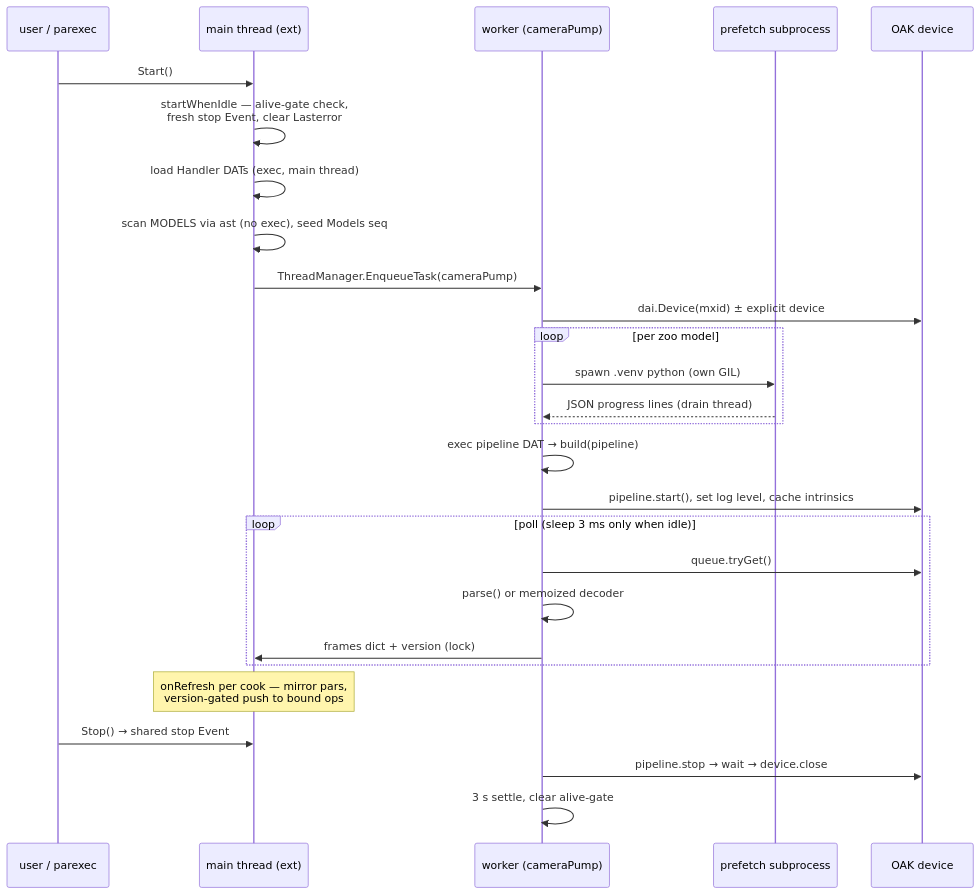
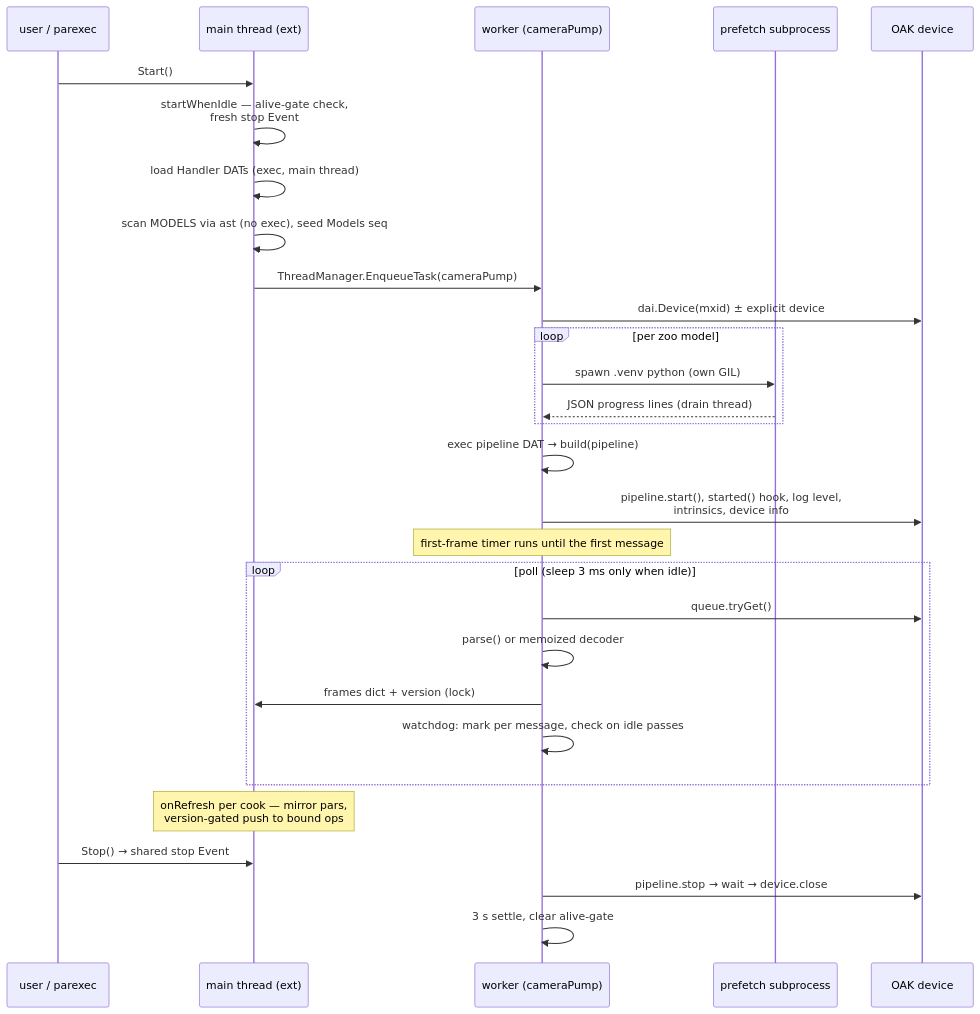
Before and after one commit to TouchDesigner/TDOAK: the fourth of 4 diagrams in docs/ARCHITECTURE.md, drawn with Mermaid. The commit also changed other lines of this file and 47 other files, not shown here.

````diff
--- a/docs/ARCHITECTURE.md
+++ b/docs/ARCHITECTURE.md
@@ -205,30 +270,32 @@
 ```mermaid
 sequenceDiagram
     participant U as user / parexec
     participant M as main thread (ext)
     participant W as worker (cameraPump)
     participant S as prefetch subprocess
     participant D as OAK device
 
     U->>M: Start()
-    M->>M: startWhenIdle — alive-gate check,<br/>fresh stop Event, clear Lasterror
+    M->>M: startWhenIdle — alive-gate check,<br/>fresh stop Event
     M->>M: load Handler DATs (exec, main thread)
     M->>M: scan MODELS via ast (no exec), seed Models seq
     M->>W: ThreadManager.EnqueueTask(cameraPump)
     W->>D: dai.Device(mxid)  ± explicit device
     loop per zoo model
         W->>S: spawn .venv python (own GIL)
         S-->>W: JSON progress lines (drain thread)
     end
     W->>W: exec pipeline DAT → build(pipeline)
-    W->>D: pipeline.start(), set log level, cache intrinsics
+    W->>D: pipeline.start(), started() hook, log level,<br/>intrinsics, device info
+    Note over W: first-frame timer runs until the first message
     loop poll (sleep 3 ms only when idle)
         W->>D: queue.tryGet()
         W->>W: parse() or memoized decoder
         W->>M: frames dict + version (lock)
+        W->>W: watchdog: mark per message, check on idle passes
     end
     Note over M: onRefresh per cook — mirror pars,<br/>version-gated push to bound ops
     U->>M: Stop() → shared stop Event
     W->>D: pipeline.stop → wait → device.close
     W->>W: 3 s settle, clear alive-gate
 ```
````
